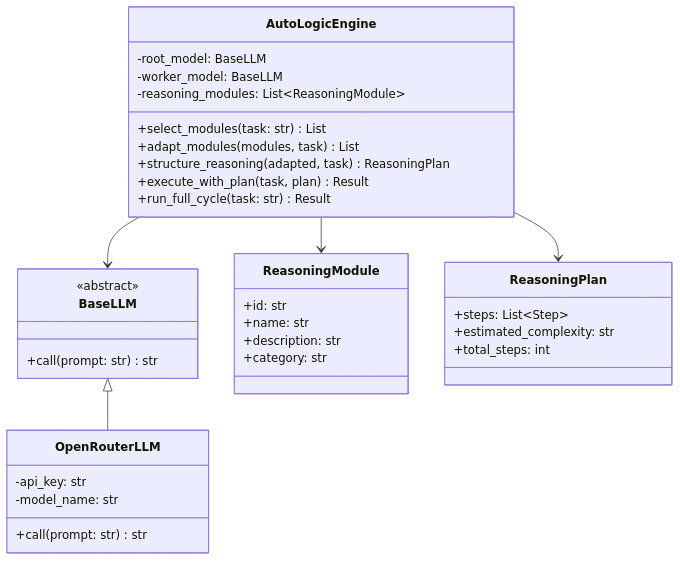
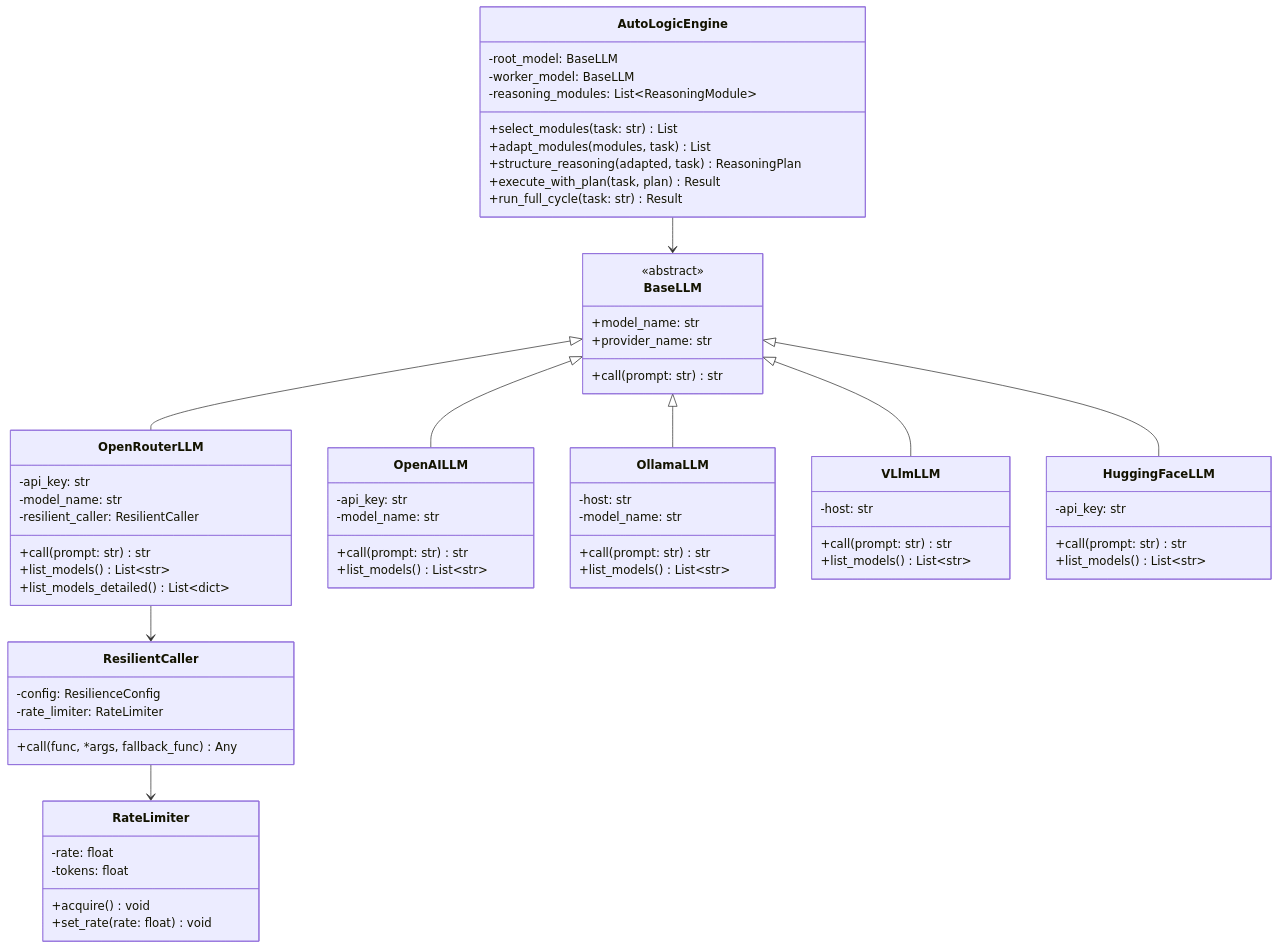
One commit to dagornc/Autologic changed the first of 7 diagrams in Doc/ARCHITECTURE.md. Above: the diagram before and after it, drawn with Mermaid. The commit also changed other lines of this file and 2 other files, not shown here.

````diff
--- a/Doc/ARCHITECTURE.md
+++ b/Doc/ARCHITECTURE.md
@@ -51,42 +57,77 @@
 ```mermaid
 classDiagram
     class BaseLLM {
         <<abstract>>
         +call(prompt: str) str
+        +model_name: str
+        +provider_name: str
     }
     
     class OpenRouterLLM {
         -api_key: str
         -model_name: str
+        -resilient_caller: ResilientCaller
         +call(prompt: str) str
+        +list_models() List~str~
+        +list_models_detailed() List~dict~
+    }
+    
+    class OpenAILLM {
+        -api_key: str
+        -model_name: str
+        +call(prompt: str) str
+        +list_models() List~str~
+    }
+    
+    class OllamaLLM {
+        -host: str
+        -model_name: str
+        +call(prompt: str) str
+        +list_models() List~str~
+    }
+    
+    class VLlmLLM {
+        -host: str
+        +call(prompt: str) str
+        +list_models() List~str~
+    }
+    
+    class HuggingFaceLLM {
+        -api_key: str
+        +call(prompt: str) str
+        +list_models() List~str~
     }
     
     class AutoLogicEngine {
         -root_model: BaseLLM
         -worker_model: BaseLLM
         -reasoning_modules: List~ReasoningModule~
         +select_modules(task: str) List
         +adapt_modules(modules, task) List
         +structure_reasoning(adapted, task) ReasoningPlan
         +execute_with_plan(task, plan) Result
         +run_full_cycle(task: str) Result
     }
     
-    class ReasoningModule {
-        +id: str
-        +name: str
-        +description: str
-        +category: str
+    class ResilientCaller {
+        -config: ResilienceConfig
+        -rate_limiter: RateLimiter
+        +call(func, *args, fallback_func) Any
     }
     
-    class ReasoningPlan {
-        +steps: List~Step~
-        +estimated_complexity: str
-        +total_steps: int
+    class RateLimiter {
+        -rate: float
+        -tokens: float
+        +acquire() void
+        +set_rate(rate: float) void
     }
     
     BaseLLM <|-- OpenRouterLLM
+    BaseLLM <|-- OpenAILLM
+    BaseLLM <|-- OllamaLLM
+    BaseLLM <|-- VLlmLLM
+    BaseLLM <|-- HuggingFaceLLM
+    OpenRouterLLM --> ResilientCaller
+    ResilientCaller --> RateLimiter
     AutoLogicEngine --> BaseLLM
-    AutoLogicEngine --> ReasoningModule
-    AutoLogicEngine --> ReasoningPlan
 ```
````
